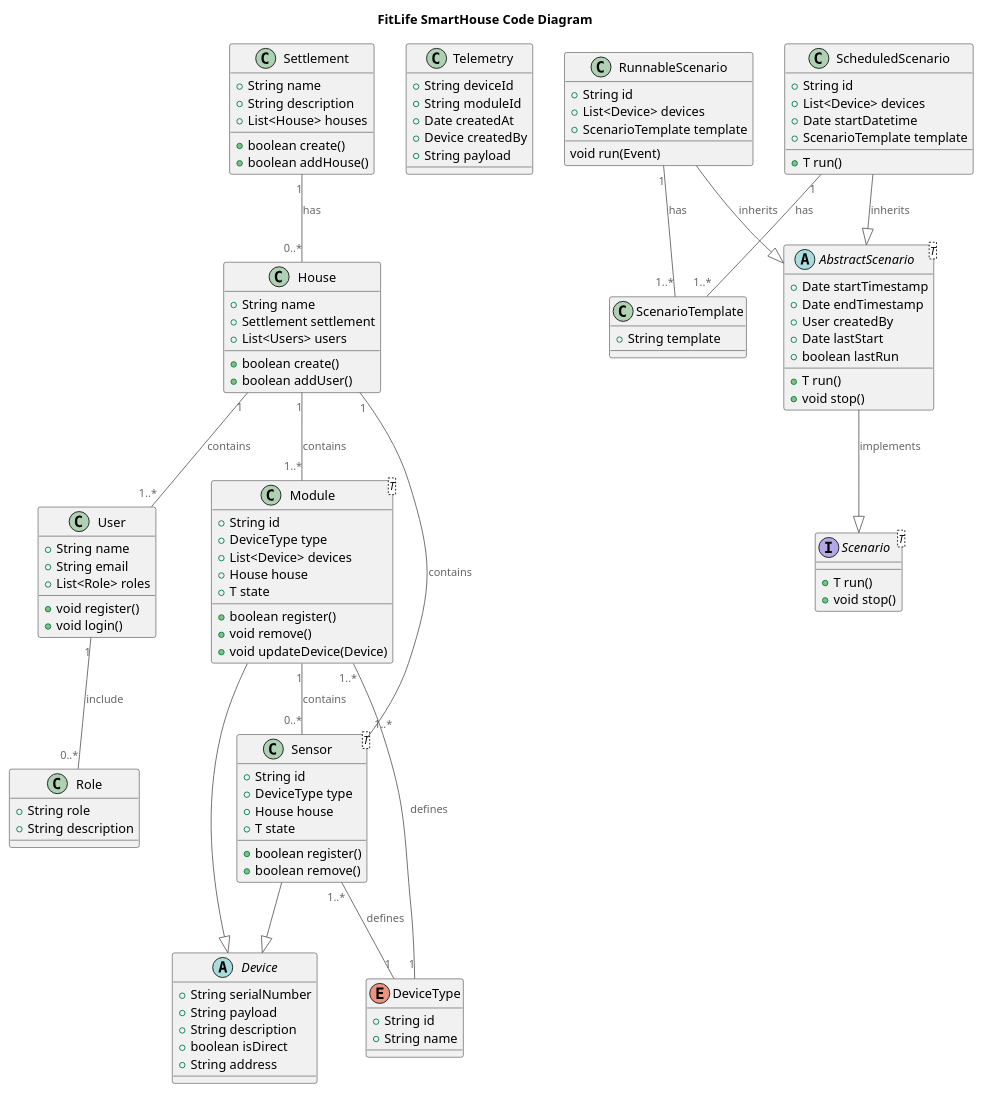
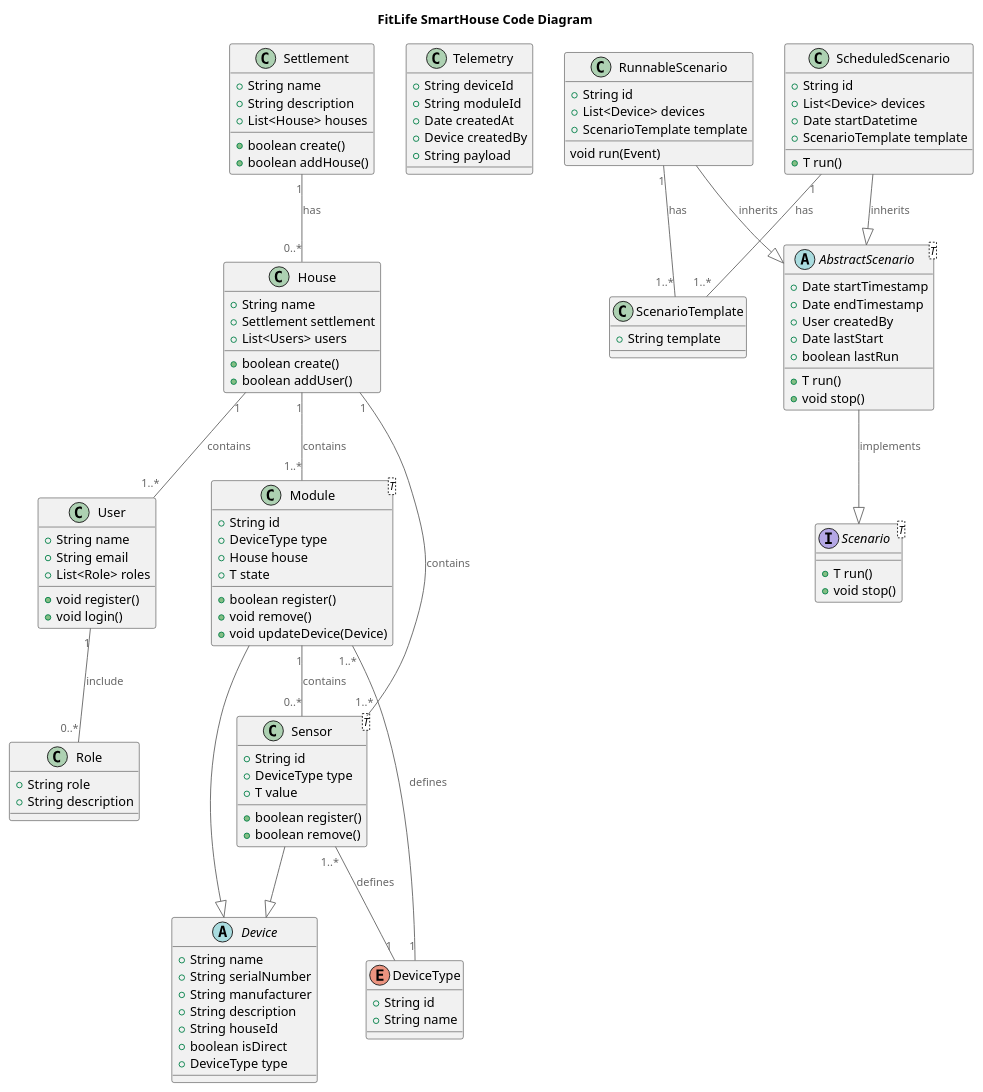
Before and after one commit to belkevglaz/yc-apo-sprint3: the diagram in docs/docs/assets/target/CodeDiagram.md, drawn with PlantUML. The commit also changed 4 other files, not shown here.

```diff
--- a/docs/docs/assets/target/CodeDiagram.md
+++ b/docs/docs/assets/target/CodeDiagram.md
@@ -53,11 +53,13 @@
 '--- Device
 
 abstract class Device {
++String name
 +String serialNumber
-+String payload
++String manufacturer
 +String description
++String houseId
 +boolean isDirect
-+String address
++DeviceType type
 }
 
 enum DeviceType {
@@ -68,7 +70,6 @@
 class Module<T> {
 +String id
 +DeviceType type
-+List<Device> devices
 +House house
 +T state
 +boolean register()
@@ -83,8 +84,7 @@
 class Sensor<T> {
 +String id
 +DeviceType type
-+House house
-+T state
++T value
 +boolean register()
 +boolean remove()
 }
```
